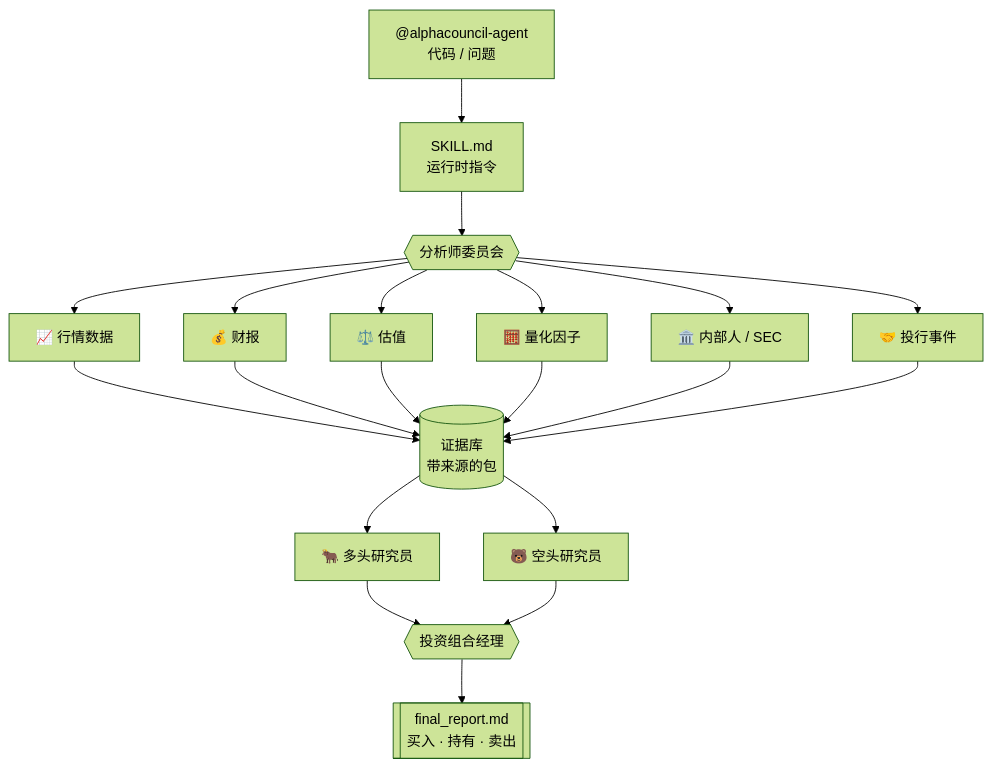
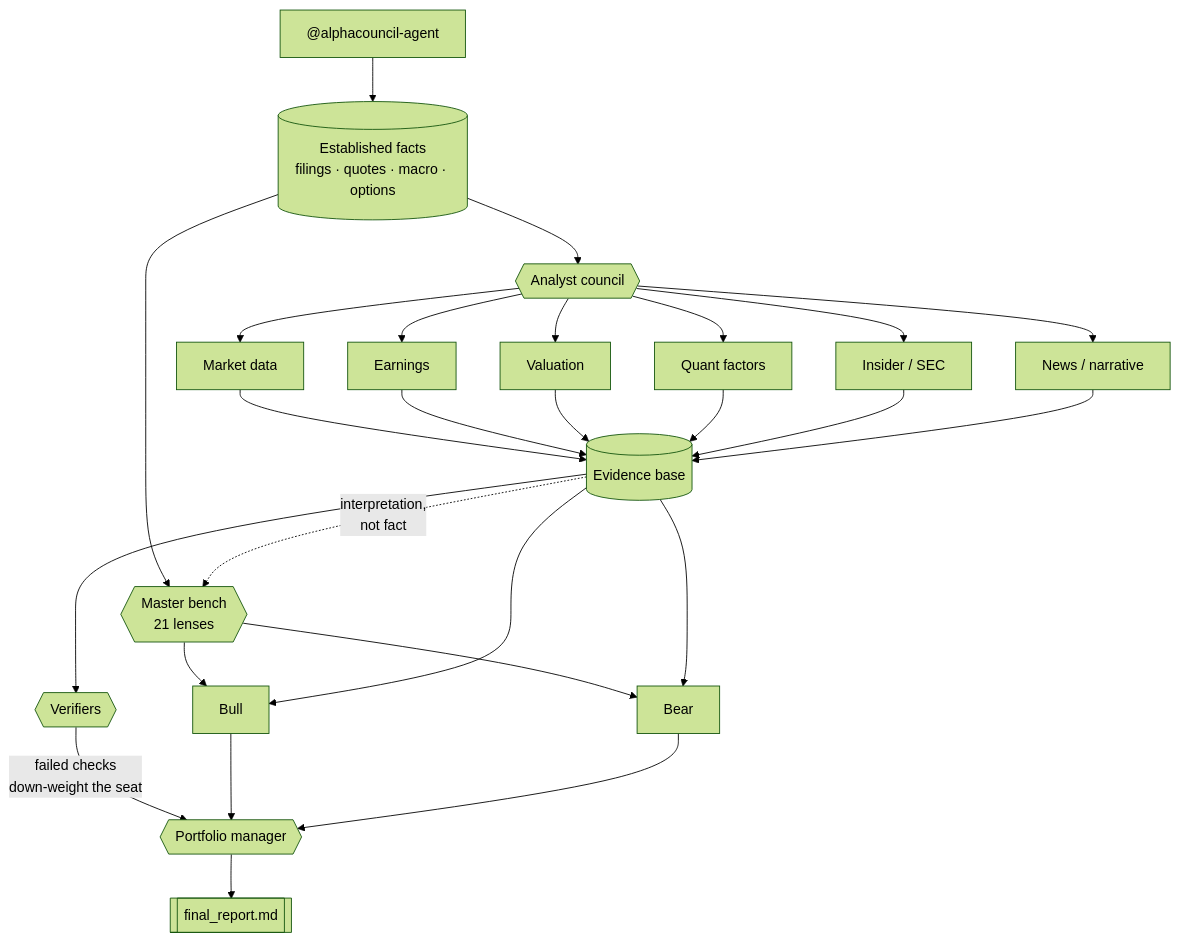
The diagram in README.zh-CN.md (Zhao73/alphacouncil-agent), drawn with Mermaid (forest theme) before and after one commit. The commit also changed other lines of this file and 3 other files, not shown here.

First line of the commit message:
fix: the bench never ran on Codex or OpenCode, and the skill named none of the data tools

````diff
--- a/README.zh-CN.md
+++ b/README.zh-CN.md
@@ -130,22 +167,28 @@
 ```mermaid
 flowchart TD
-    U["@alphacouncil-agent<br/>代码 / 问题"] --> SK["SKILL.md<br/>运行时指令"]
-    SK --> AG{{"分析师委员会"}}
-    AG --> A1["📈 行情数据"]
-    AG --> A2["💰 财报"]
-    AG --> A3["⚖️ 估值"]
-    AG --> A4["🧮 量化因子"]
-    AG --> A5["🏛️ 内部人 / SEC"]
-    AG --> A6["🤝 投行事件"]
-    A1 --> EV[("证据库<br/>带来源的包")]
+    U["@alphacouncil-agent"] --> G[("Established facts<br/>filings · quotes · macro · options")]
+    G --> AG{{"Analyst council"}}
+    G --> MS{{"Master bench<br/>21 lenses"}}
+    AG --> A1["Market data"]
+    AG --> A2["Earnings"]
+    AG --> A3["Valuation"]
+    AG --> A4["Quant factors"]
+    AG --> A5["Insider / SEC"]
+    AG --> A6["News / narrative"]
+    A1 --> EV[("Evidence base")]
     A2 --> EV
     A3 --> EV
     A4 --> EV
     A5 --> EV
     A6 --> EV
-    EV --> BULL["🐂 多头研究员"]
-    EV --> BEAR["🐻 空头研究员"]
-    BULL --> PM{{"投资组合经理"}}
+    EV -.->|"interpretation,<br/>not fact"| MS
+    EV --> VF{{"Verifiers"}}
+    VF -->|"failed checks<br/>down-weight the seat"| PM
+    MS --> BULL["Bull"]
+    MS --> BEAR["Bear"]
+    EV --> BULL
+    EV --> BEAR
+    BULL --> PM{{"Portfolio manager"}}
     BEAR --> PM
-    PM --> R[["final_report.md<br/>买入 · 持有 · 卖出"]]
+    PM --> R[["final_report.md"]]
 ```
````
